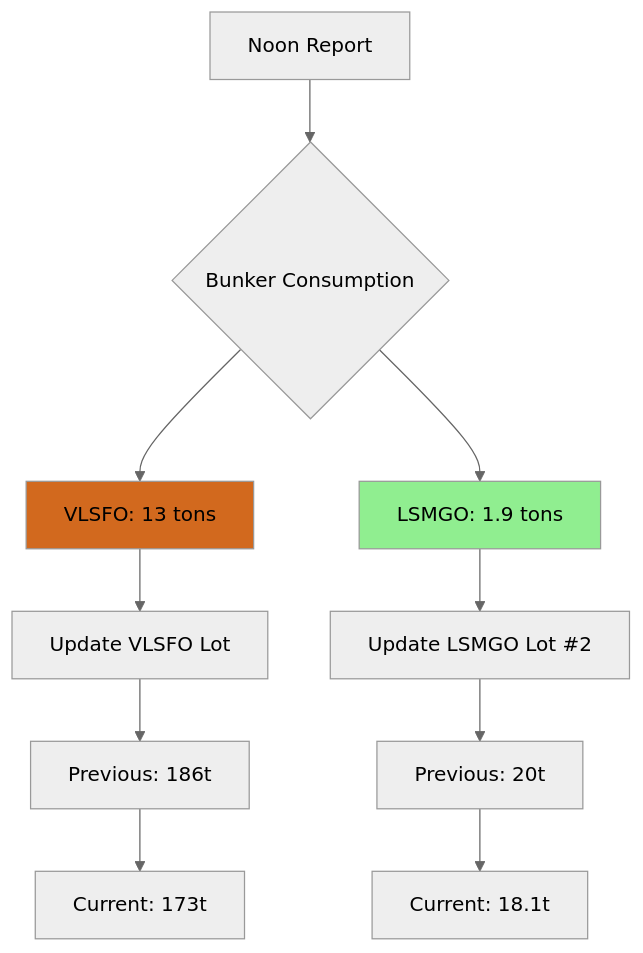
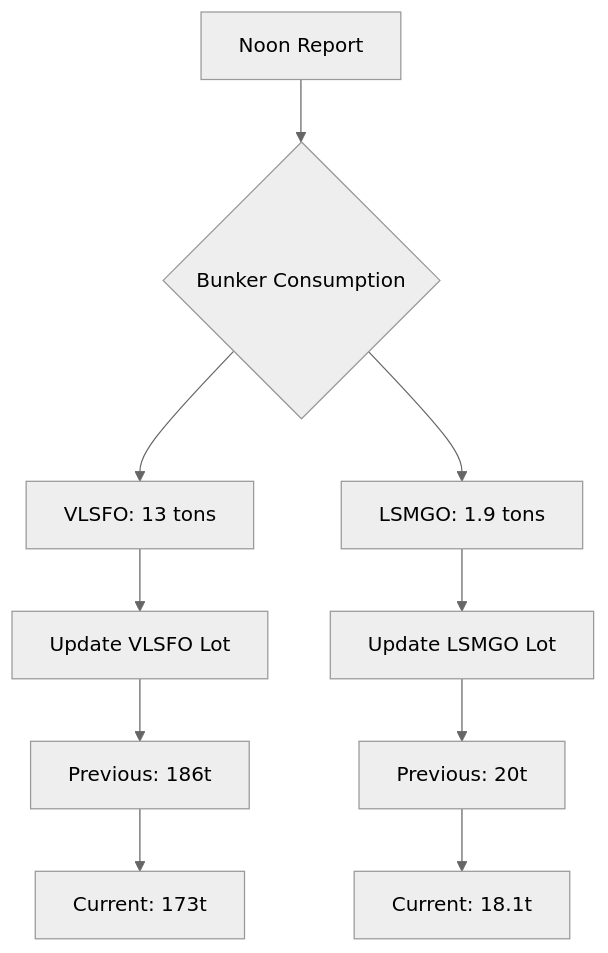
The fifth of 21 diagrams in transcribe/VesselReport_Final_Documentation.md (NguyenPhamCode4You/ai-home-lab-docker-compose), drawn with Mermaid (neutral theme) before and after one commit.

````diff
--- a/transcribe/VesselReport_Final_Documentation.md
+++ b/transcribe/VesselReport_Final_Documentation.md
@@ -285,17 +285,14 @@
 ```mermaid
 graph TD
     A[Noon Report] --> B{Bunker Consumption}
     B --> C[VLSFO: 13 tons]
     B --> D[LSMGO: 1.9 tons]
 
     C --> E[Update VLSFO Lot]
     E --> F[Previous: 186t]
     F --> G[Current: 173t]
 
-    D --> H[Update LSMGO Lot #2]
+    D --> H[Update LSMGO Lot]
     H --> I[Previous: 20t]
     I --> J[Current: 18.1t]
-
-    style C fill:#D2691E
-    style D fill:#90EE90
 ```
````
